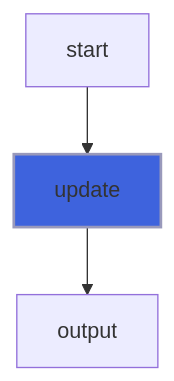
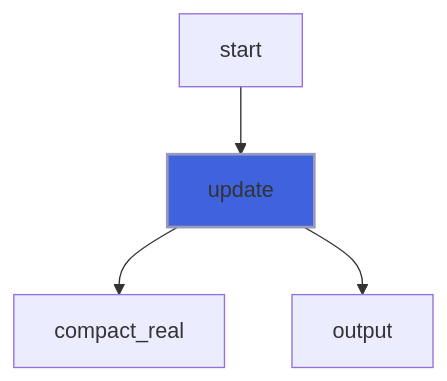
One commit to szaghi/forbear changed the fifth of 8 diagrams in docs/api/src/lib/forbear_bar_object.md. Above: the diagram before and after it, drawn with Mermaid. The commit also changed other lines of this file and 10 other files, not shown here.

````diff
--- a/docs/api/src/lib/forbear_bar_object.md
+++ b/docs/api/src/lib/forbear_bar_object.md
@@ -215,6 +217,7 @@
 ```mermaid
 flowchart TD
   start["start"] --> update["update"]
+  update["update"] --> compact_real["compact_real"]
   update["update"] --> output["output"]
   style update fill:#3e63dd,stroke:#99b,stroke-width:2px
 ```
````
